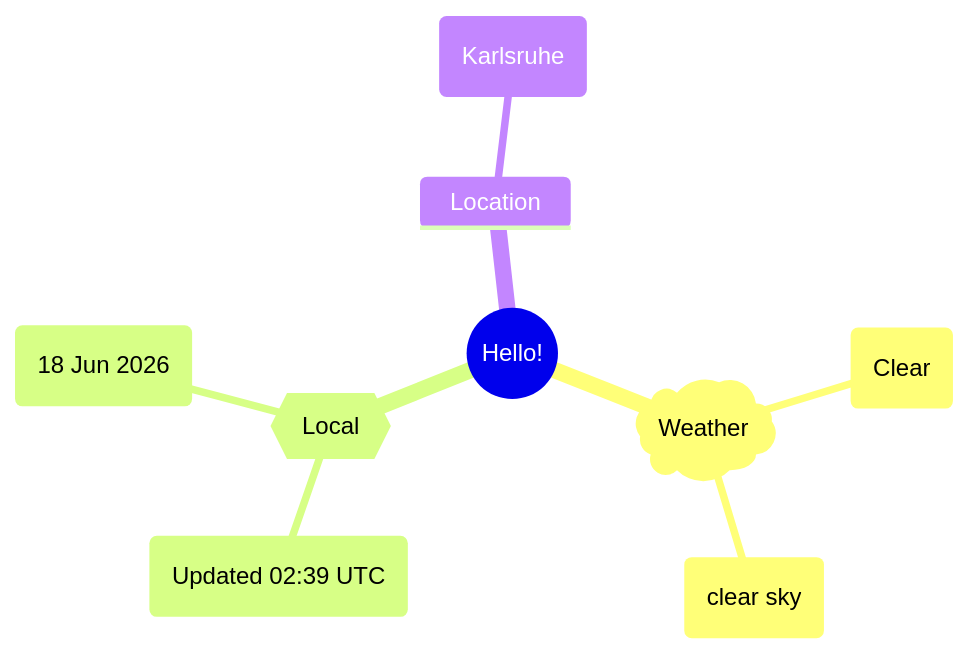
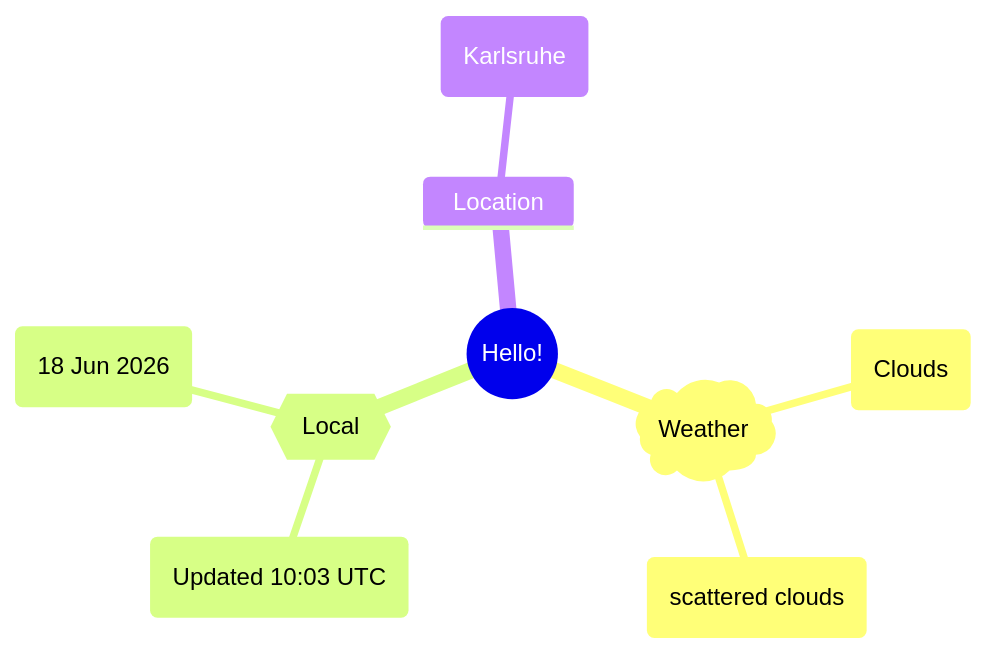
The first of 2 diagrams in README.md (Xosrov/Xosrov), drawn with Mermaid before and after one commit.

Commit message:
[bot] updated images

````diff
--- a/README.md
+++ b/README.md
@@ -3,12 +3,12 @@
 ```mermaid
 mindmap
   root((Hello!))
     )Weather(
-        (Clear)
-        (clear sky)
+        (Clouds)
+        (scattered clouds)
     {{Local}}
-        (Updated 02:39 UTC)
+        (Updated 10:03 UTC)
         (18 Jun 2026)
     Location
         (Karlsruhe)
 ```
````
